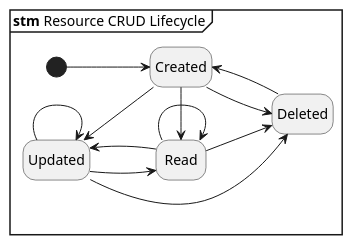
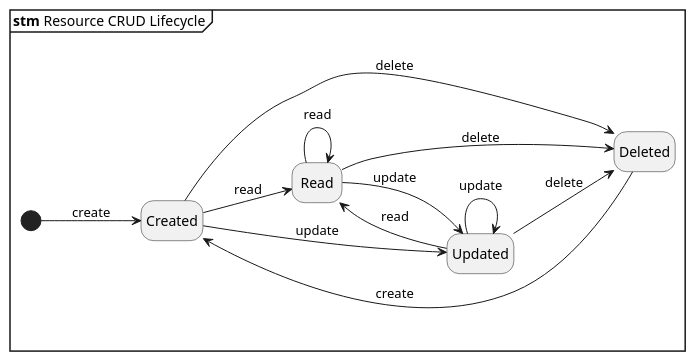
The diagram in docs/resources/diagrams/stm_CRUD.puml (guddii/SEACT), drawn with PlantUML before and after one commit. The commit also changed 6 other files, not shown here.

```diff
--- a/docs/resources/diagrams/stm_CRUD.puml
+++ b/docs/resources/diagrams/stm_CRUD.puml
@@ -1,32 +1,32 @@
 @startuml
 left to right direction
 hide empty description
 
 mainframe **stm** Resource CRUD Lifecycle
 
 state "Created" as C
 state "Read" as R
 state "Updated" as U
 state "Deleted" as D
 
 ' Edges Start
-[*]     --> C
+[*]     --> C       : create
 
 ' Edges Create
-C       -right-> R
-C       -left-> U
-C       --> D
+C       --> R       : read
+C       --> U       : update
+C       --> D       : delete
 
 ' Edges  Read
-R       --> R
-R       --> U
-R       --> D
+R       --> R       : read
+R       --> U       : update
+R       --> D       : delete
 
 ' Edges  Update
-U       --> R
-U       --> U
-U       --> D
+U       --> R       : read
+U       --> U       : update
+U       --> D       : delete
 
 ' Edges  Delete
-D       --> C
+D       --> C       : create
 @enduml
```
